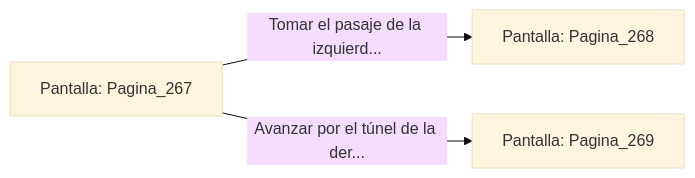
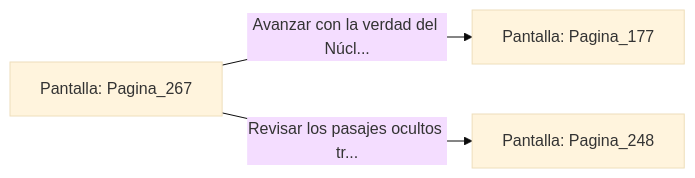
One commit to metsuke/mpl changed the diagram in sample/eligejuego-vault/Pantalla_Pagina_267.md. Above: the diagram before and after it, drawn with Mermaid (base theme). The commit also changed other lines of this file and 635 other files, not shown here.

First line of the commit message:
fix: añadir Pagina_1 como pantalla inicial en capitulo_01.mpl

````diff
--- a/sample/eligejuego-vault/Pantalla_Pagina_267.md
+++ b/sample/eligejuego-vault/Pantalla_Pagina_267.md
@@ -20,6 +24,6 @@
 ```mermaid
 graph LR
     P_Pagina_267["Pantalla: Pagina_267"]
-    P_Pagina_267 -->|"Tomar el pasaje de la izquierd..."| P_Pagina_268["Pantalla: Pagina_268"]
-    P_Pagina_267 -->|"Avanzar por el túnel de la der..."| P_Pagina_269["Pantalla: Pagina_269"]
+    P_Pagina_267 -->|"Avanzar con la verdad del Núcl..."| P_Pagina_177["Pantalla: Pagina_177"]
+    P_Pagina_267 -->|"Revisar los pasajes ocultos tr..."| P_Pagina_248["Pantalla: Pagina_248"]
 ```
````
